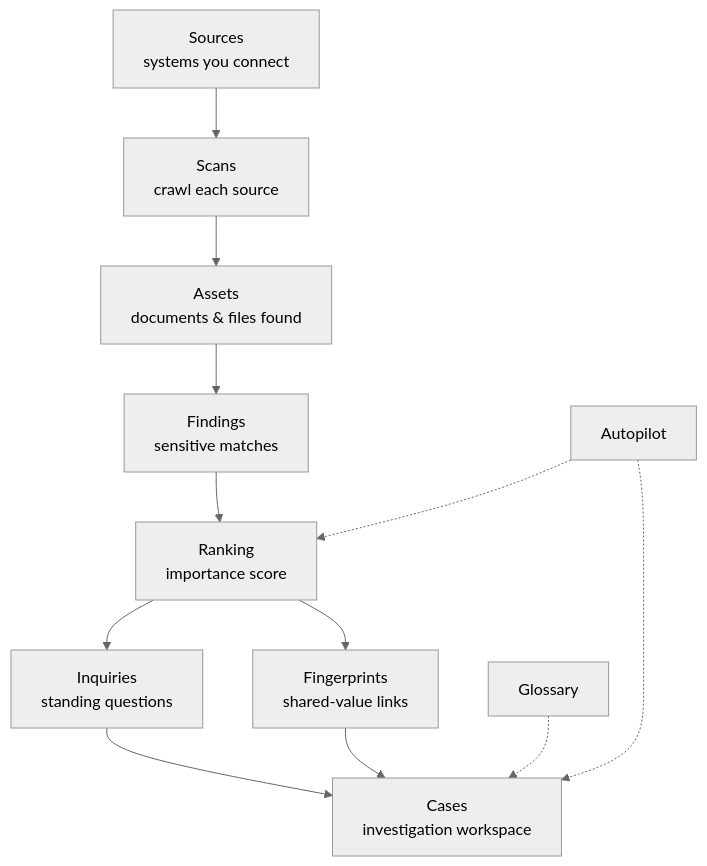
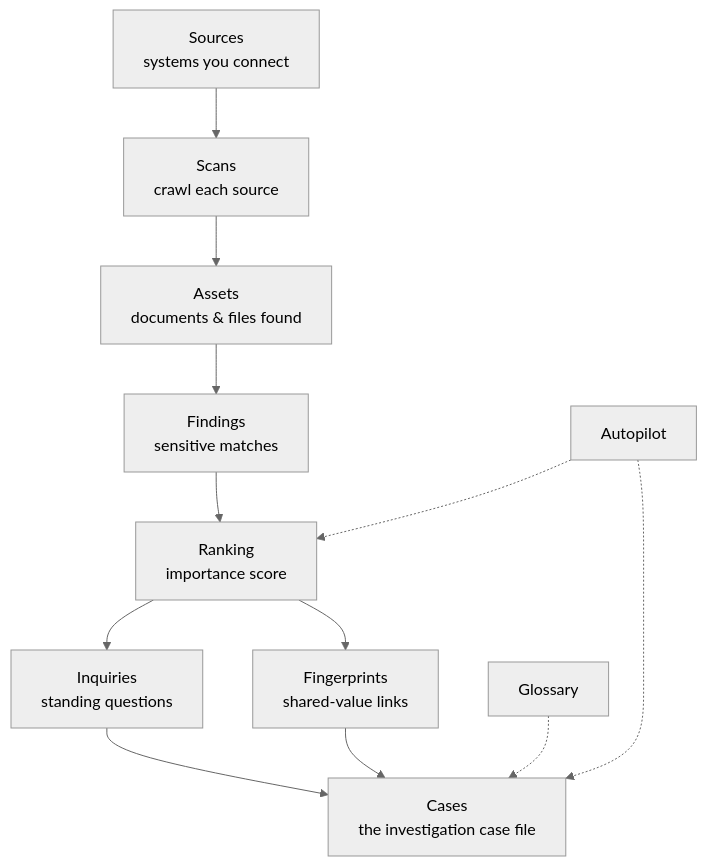
One commit to classifyre/classifyre changed the diagram in apps/docs/app/how-it-works/page.mdx. Above: the diagram before and after it, drawn with Mermaid (neutral theme). The commit also changed other lines of this file and 20 other files, not shown here.

````diff
--- a/apps/docs/app/how-it-works/page.mdx
+++ b/apps/docs/app/how-it-works/page.mdx
@@ -20,14 +25,14 @@
 ```mermaid
 graph TD
     Sources["Sources<br/>systems you connect"] --> Scans["Scans<br/>crawl each source"]
     Scans --> Assets["Assets<br/>documents & files found"]
     Assets --> Findings["Findings<br/>sensitive matches"]
     Findings --> Ranking["Ranking<br/>importance score"]
     Ranking --> Inquiries["Inquiries<br/>standing questions"]
     Ranking --> Fingerprints["Fingerprints<br/>shared-value links"]
-    Inquiries --> Cases["Cases<br/>investigation workspace"]
+    Inquiries --> Cases["Cases<br/>the investigation case file"]
     Fingerprints --> Cases
     Glossary["Glossary"] -.-> Cases
     Autopilot["Autopilot"] -.-> Ranking
     Autopilot -.-> Cases
 ```
````
